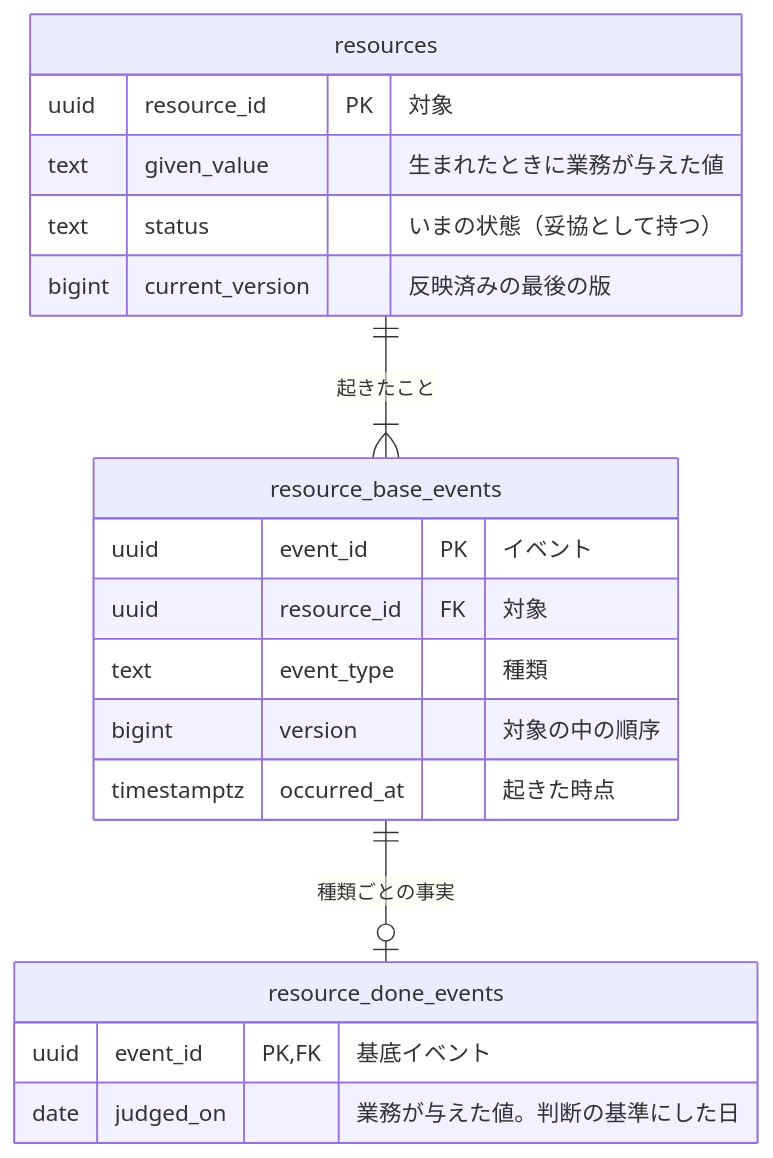
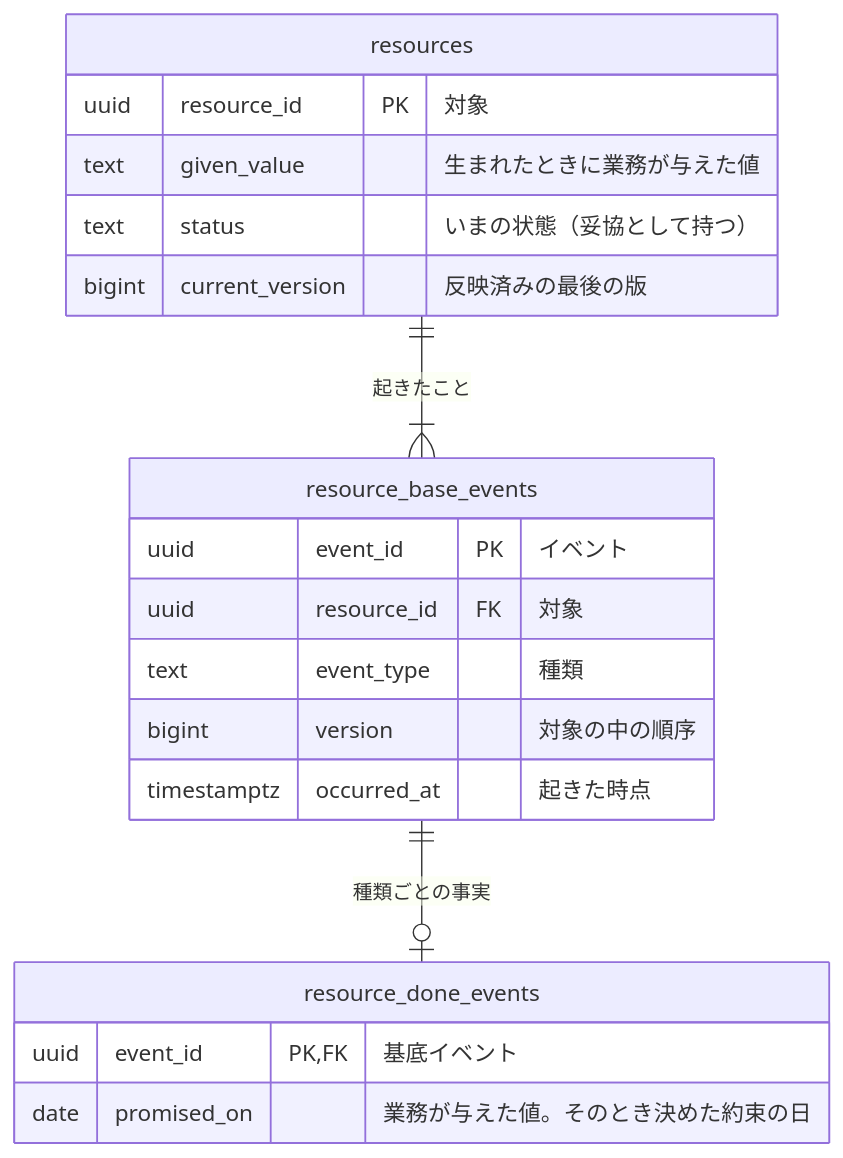
Before and after one commit to nakamori-naoya/write-doc-plugins: the diagram in plugins/write-doc/skills/write-doc/assets/templates/rdb-logical-data-modeling.md, drawn with Mermaid. The commit also changed other lines of this file, not shown here.

Commit message:
docs(rdb-logical): 分類表の時刻と根拠の欄の書き方を記法に宣言し、template の図から判定日の列を外す

````diff
--- a/plugins/write-doc/skills/write-doc/assets/templates/rdb-logical-data-modeling.md
+++ b/plugins/write-doc/skills/write-doc/assets/templates/rdb-logical-data-modeling.md
@@ -39,22 +40,22 @@
 ```mermaid
 erDiagram
     resources {
         uuid resource_id PK "対象"
         text given_value "生まれたときに業務が与えた値"
         text status "いまの状態（妥協として持つ）"
         bigint current_version "反映済みの最後の版"
     }
     resource_base_events {
         uuid event_id PK "イベント"
         uuid resource_id FK "対象"
         text event_type "種類"
         bigint version "対象の中の順序"
         timestamptz occurred_at "起きた時点"
     }
     resource_done_events {
         uuid event_id PK, FK "基底イベント"
-        date judged_on "業務が与えた値。判断の基準にした日"
+        date promised_on "業務が与えた値。そのとき決めた約束の日"
     }
     resources ||--|{ resource_base_events : "起きたこと"
     resource_base_events ||--o| resource_done_events : "種類ごとの事実"
 ```
````
